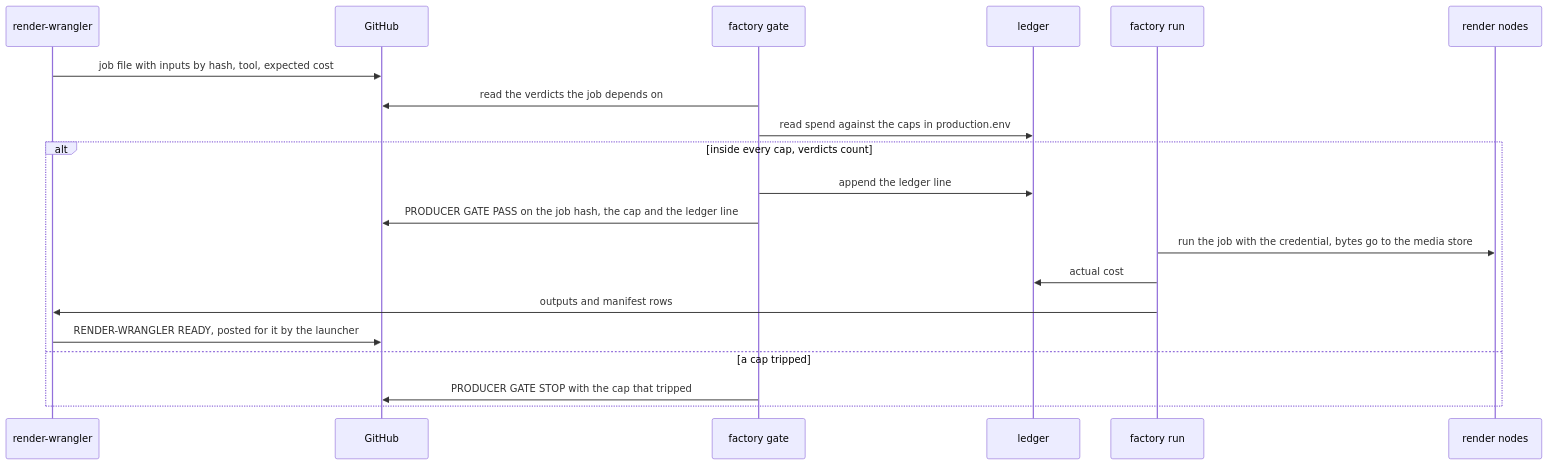
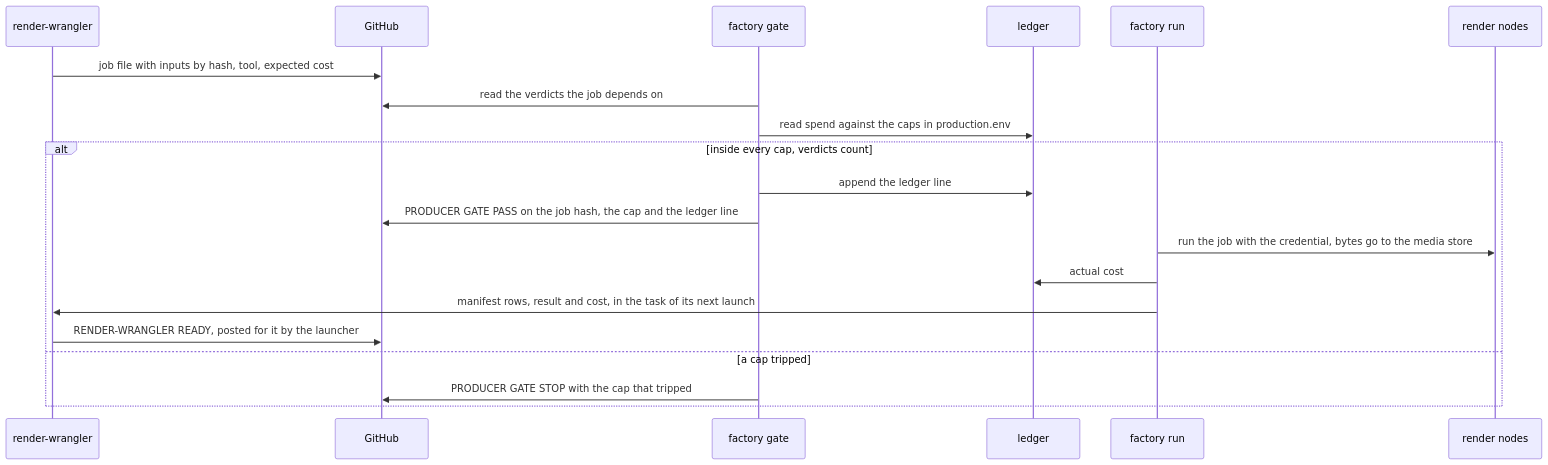
One commit to abel30567/enrico-factory changed diagram 18 of 22 in docs/architecture.md. Above: the diagram before and after it, drawn with Mermaid. The commit also changed 2 other files, not shown here.

Commit message:
Describe operator launches and gated jobs as built by #96 in the harness notes, the brief and the architecture diagram.

````diff
--- a/docs/architecture.md
+++ b/docs/architecture.md
@@ -620,22 +620,22 @@
 ```mermaid
 sequenceDiagram
   participant OP as render-wrangler
   participant GH as GitHub
   participant GT as factory gate
   participant LG as ledger
   participant RN as factory run
   participant TL as render nodes
   OP->>GH: job file with inputs by hash, tool, expected cost
   GT->>GH: read the verdicts the job depends on
   GT->>LG: read spend against the caps in production.env
   alt inside every cap, verdicts count
     GT->>LG: append the ledger line
     GT->>GH: PRODUCER GATE PASS on the job hash, the cap and the ledger line
     RN->>TL: run the job with the credential, bytes go to the media store
     RN->>LG: actual cost
-    RN->>OP: outputs and manifest rows
+    RN->>OP: manifest rows, result and cost, in the task of its next launch
     OP->>GH: RENDER-WRANGLER READY, posted for it by the launcher
   else a cap tripped
     GT->>GH: PRODUCER GATE STOP with the cap that tripped
   end
 ```
````
